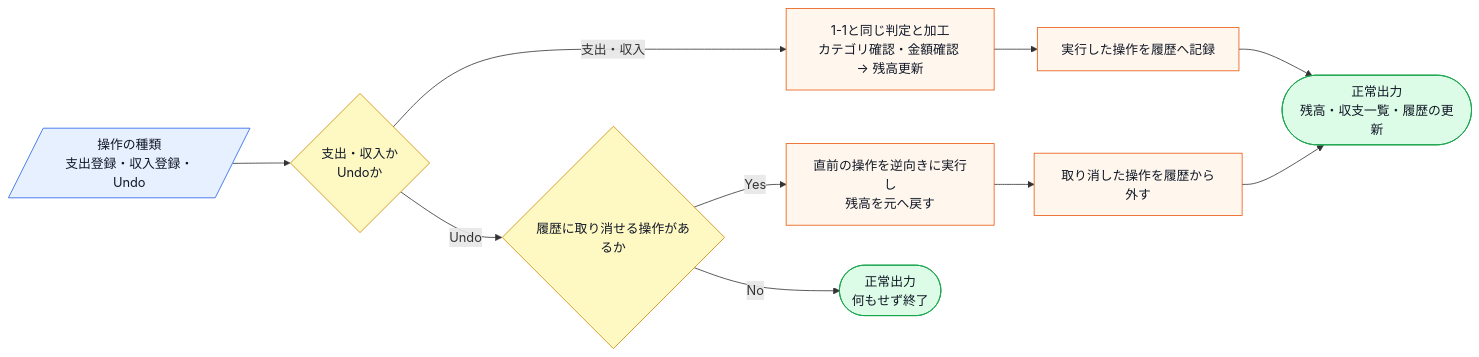
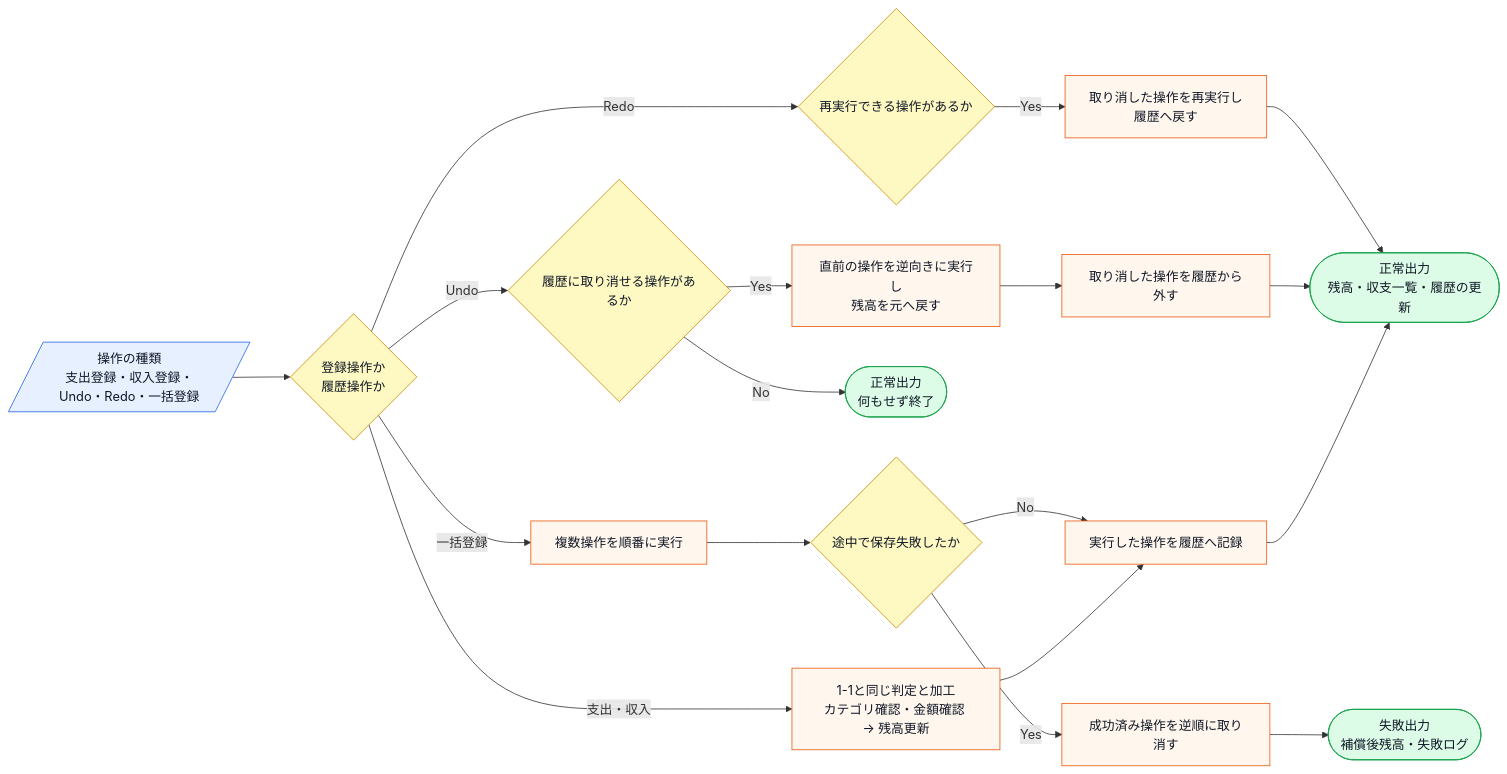
Before and after one commit to kumachan1101-pixel/DesignPattern: the sixth of 10 diagrams in kindle/design-patterns/output/chapter05.md, drawn with Mermaid. The commit also changed other lines of this file and 1 other file, not shown here.

````diff
--- a/kindle/design-patterns/output/chapter05.md
+++ b/kindle/design-patterns/output/chapter05.md
@@ -410,17 +423,25 @@
 ```mermaid
 flowchart LR
-    A[/操作の種類<br>支出登録・収入登録・Undo/]:::input --> B{支出・収入か<br>Undoか}:::decision
+    A[/操作の種類<br>支出登録・収入登録・Undo・Redo・一括登録/]:::input --> B{登録操作か<br>履歴操作か}:::decision
     B -->|支出・収入| C[1-1と同じ判定と加工<br>カテゴリ確認・金額確認 → 残高更新]:::process
     C --> D[実行した操作を履歴へ記録]:::process
     D --> E([正常出力<br>残高・収支一覧・履歴の更新]):::normal
     B -->|Undo| F{履歴に取り消せる操作があるか}:::decision
     F -->|Yes| G[直前の操作を逆向きに実行し<br>残高を元へ戻す]:::process
     G --> H[取り消した操作を履歴から外す]:::process
     H --> E
     F -->|No| I([正常出力<br>何もせず終了]):::normal
+    B -->|Redo| J{再実行できる操作があるか}:::decision
+    J -->|Yes| K[取り消した操作を再実行し<br>履歴へ戻す]:::process
+    K --> E
+    B -->|一括登録| M[複数操作を順番に実行]:::process
+    M --> N{途中で保存失敗したか}:::decision
+    N -->|No| D
+    N -->|Yes| O[成功済み操作を逆順に取り消す]:::process
+    O --> P([失敗出力<br>補償後残高・失敗ログ]):::normal
 
     classDef input fill:#e7f0ff,stroke:#2563eb,color:#111827;
     classDef process fill:#fff7ed,stroke:#ea580c,color:#111827;
     classDef decision fill:#fef9c3,stroke:#ca8a04,color:#111827;
     classDef normal fill:#dcfce7,stroke:#16a34a,color:#111827;
 ```
````
